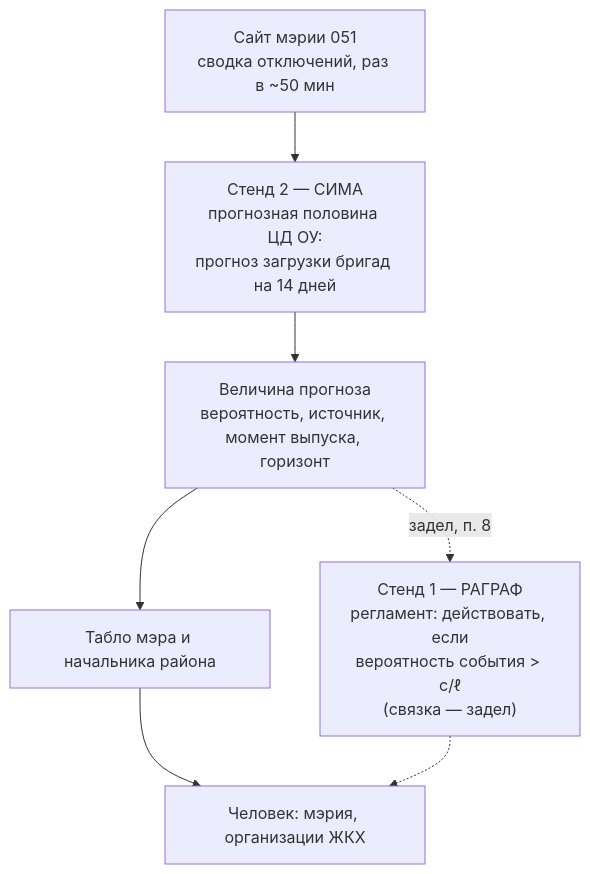
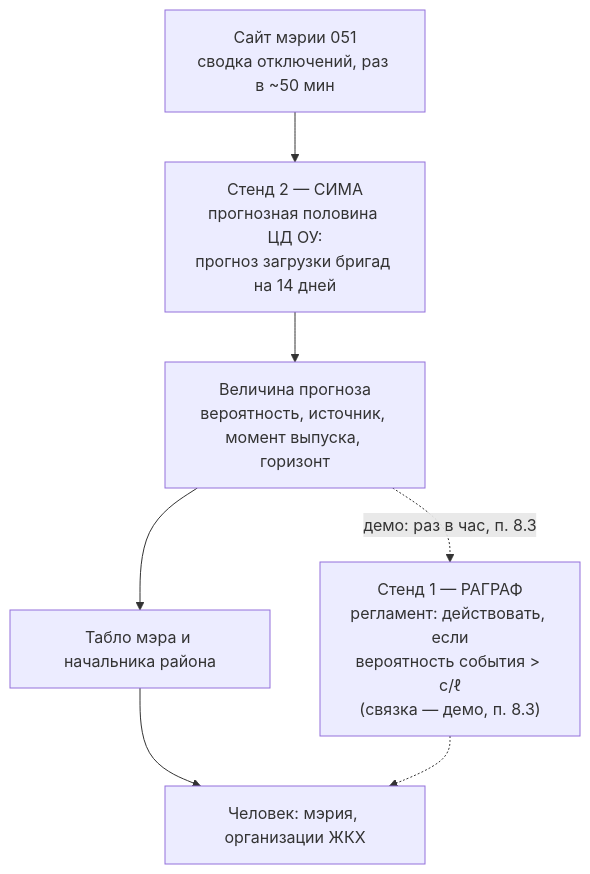
The first of 2 diagrams in docs/NIR-SIMA-PROGNOZ-BRIGAD-2026.md (Barbashin1970/NSK_OpenData_Bot), drawn with Mermaid before and after one commit. The commit also changed other lines of this file and 1 other file, not shown here.

First line of the commit message:
Отчёт РАГРАФ-ПРОГНОЗ.НИР.001-2026 ред. 2.2: связка с РАГРАФ собрана как демо

````diff
--- a/docs/NIR-SIMA-PROGNOZ-BRIGAD-2026.md
+++ b/docs/NIR-SIMA-PROGNOZ-BRIGAD-2026.md
@@ -445,12 +455,12 @@
 ```mermaid
 flowchart TB
     Site["Сайт мэрии 051<br/>сводка отключений, раз в ~50 мин"]
     SIMA["Стенд 2 — СИМА<br/>прогнозная половина ЦД ОУ:<br/>прогноз загрузки бригад на 14 дней"]
     Value["Величина прогноза<br/>вероятность, источник, момент выпуска, горизонт"]
     Board["Табло мэра и начальника района"]
-    RAGRAF["Стенд 1 — РАГРАФ<br/>регламент: действовать, если<br/>вероятность события > c/ℓ<br/>(связка — задел)"]
+    RAGRAF["Стенд 1 — РАГРАФ<br/>регламент: действовать, если<br/>вероятность события > c/ℓ<br/>(связка — демо, п. 8.3)"]
     Person["Человек: мэрия, организации ЖКХ"]
     Site --> SIMA --> Value
     Value --> Board --> Person
-    Value -.->|"задел, п. 8"| RAGRAF -.-> Person
+    Value -.->|"демо: раз в час, п. 8.3"| RAGRAF -.-> Person
 ```
````
